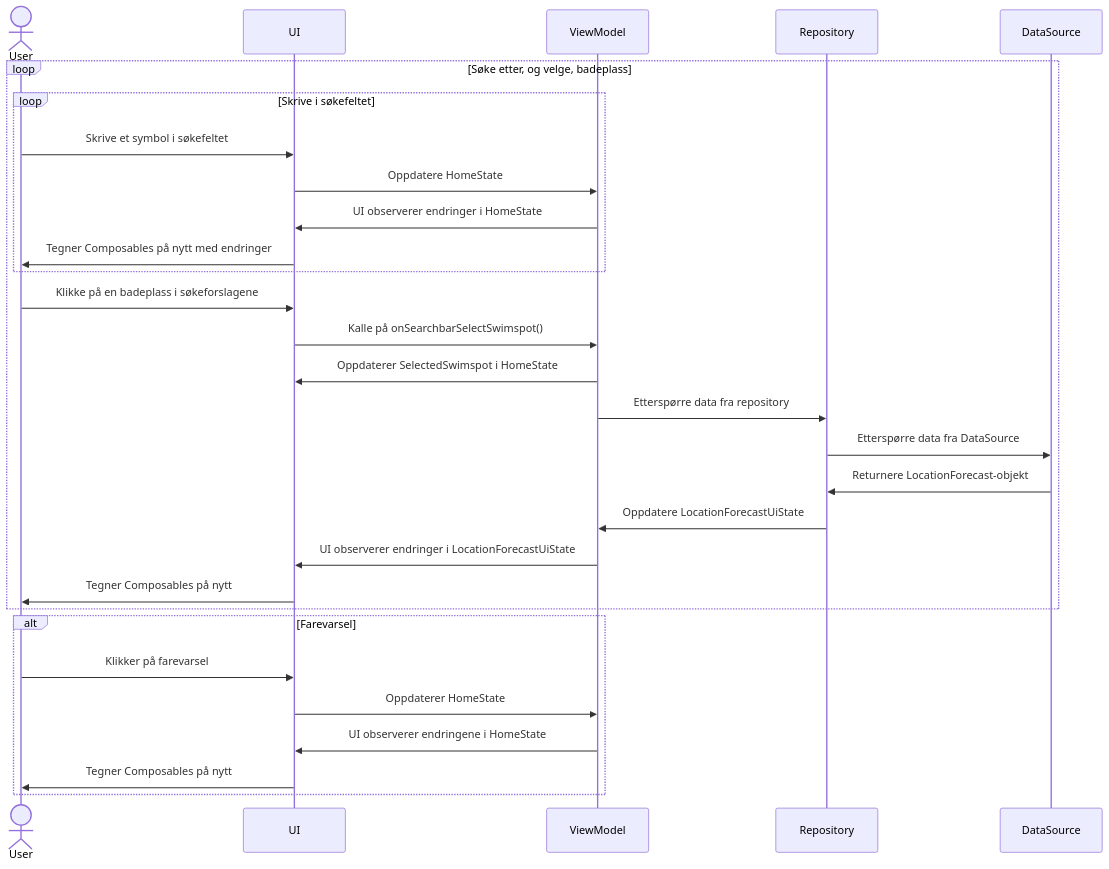
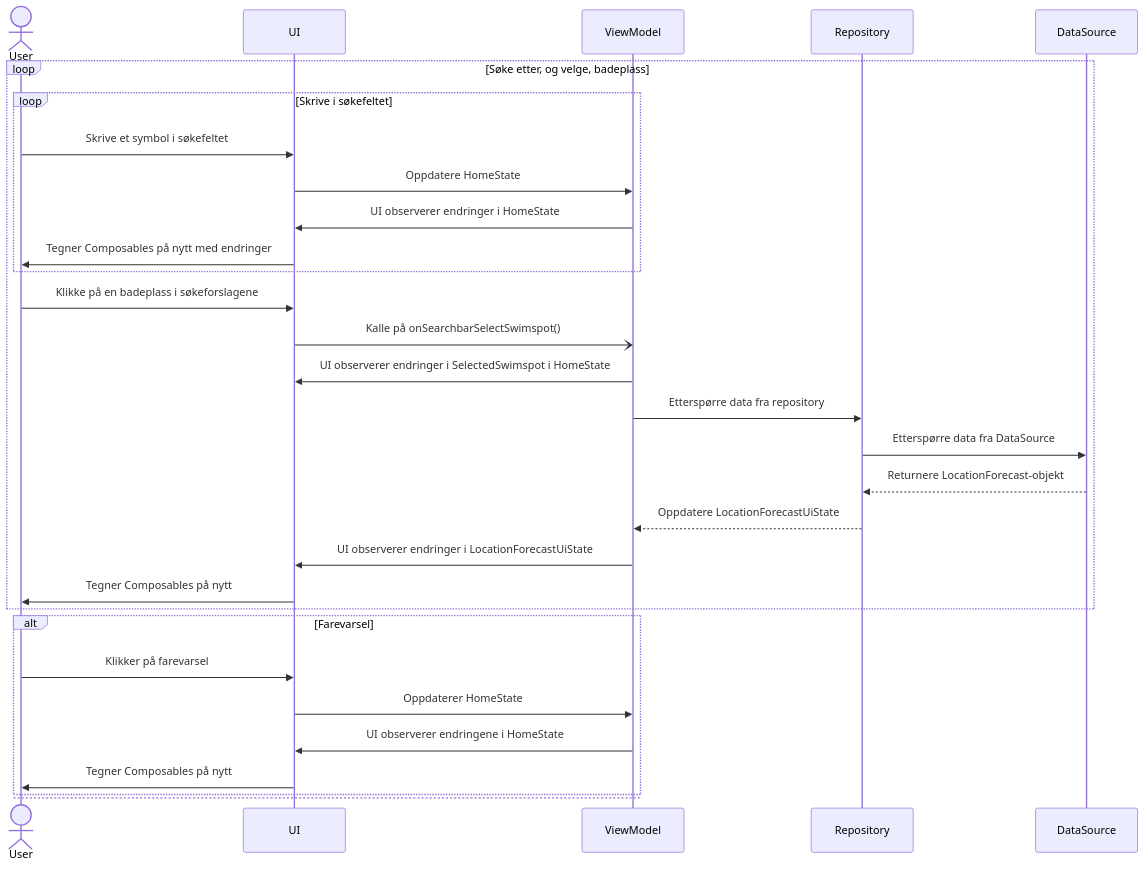
Before and after one commit to priyanshuaroraa1/Android-studio-sysdev: the third of 7 diagrams in MODELING.md, drawn with Mermaid.

````diff
--- a/MODELING.md
+++ b/MODELING.md
@@ -134,32 +134,34 @@
 ```mermaid
 sequenceDiagram
     actor User
     participant UI
     participant ViewModel
     participant Repository
     participant DataSource 
 
     loop Søke etter, og velge, badeplass
     loop Skrive i søkefeltet
     User->> UI: Skrive et symbol i søkefeltet
     UI  ->> ViewModel: Oppdatere HomeState
     ViewModel->>UI: UI observerer endringer i HomeState
     UI->>User: Tegner Composables på nytt med endringer
     end
     User->>UI: Klikke på en badeplass i søkeforslagene
-    UI->>ViewModel: Kalle på onSearchbarSelectSwimspot()
-    ViewModel->>UI: Oppdaterer SelectedSwimspot i HomeState
+    UI -) ViewModel: Kalle på onSearchbarSelectSwimspot()
+    ViewModel ->> UI: UI observerer endringer i SelectedSwimspot i HomeState
     ViewModel->>Repository: Etterspørre data fra repository
     Repository->>DataSource: Etterspørre data fra DataSource
-    DataSource->>Repository: Returnere LocationForecast-objekt
-    Repository->>ViewModel: Oppdatere LocationForecastUiState
+    DataSource-->>Repository: Returnere LocationForecast-objekt
+    Repository-->>ViewModel: Oppdatere LocationForecastUiState
     ViewModel->>UI: UI observerer endringer i LocationForecastUiState
     UI->>User: Tegner Composables på nytt
     end
     alt Farevarsel
     User->>UI: Klikker på farevarsel
     UI->>ViewModel: Oppdaterer HomeState
     ViewModel->>UI: UI observerer endringene i HomeState
     UI->>User: Tegner Composables på nytt
+    else
+
     end
 ```
````
